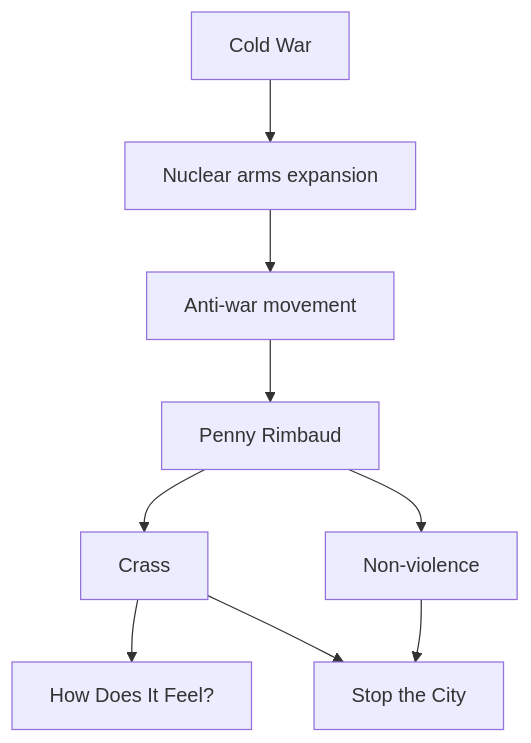
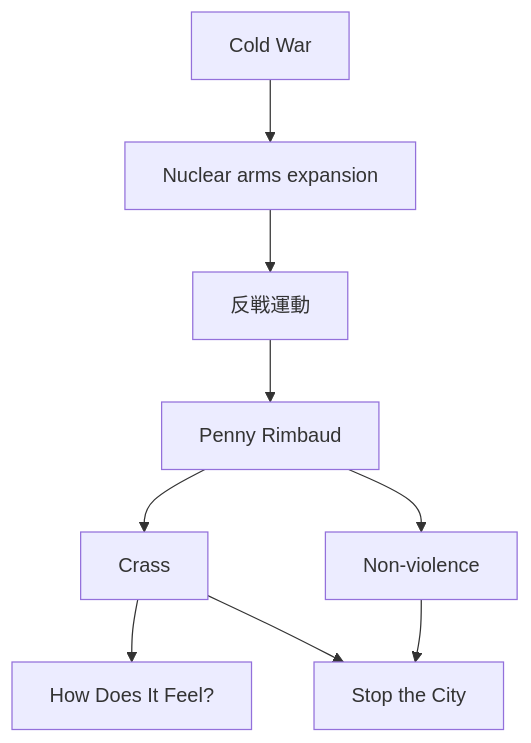
Before and after one commit to monumental-movement/monumental-movement.github.io: the fourth of 10 diagrams in en/_posts/2026-07-13-column-penny-rimbaud.md, drawn with Mermaid. The commit also changed other lines of this file and 1012 other files, not shown here.

```diff
--- a/en/_posts/2026-07-13-column-penny-rimbaud.md
+++ b/en/_posts/2026-07-13-column-penny-rimbaud.md
@@ -681,21 +681,21 @@
 <div class="mermaid">
 graph TD
 
 A["Cold War"]
 B["Nuclear arms expansion"]
-C["Anti-war movement"]
+C["反戦運動"]
 D["Penny Rimbaud"]
 E["Crass"]
 F["How Does It Feel?"]
 G["Stop the City"]
 H["Non-violence"]
 
 A --> B
 B --> C
 C --> D
 D --> E
 E --> F
 E --> G
 D --> H
 H --> G
 </div>
```
